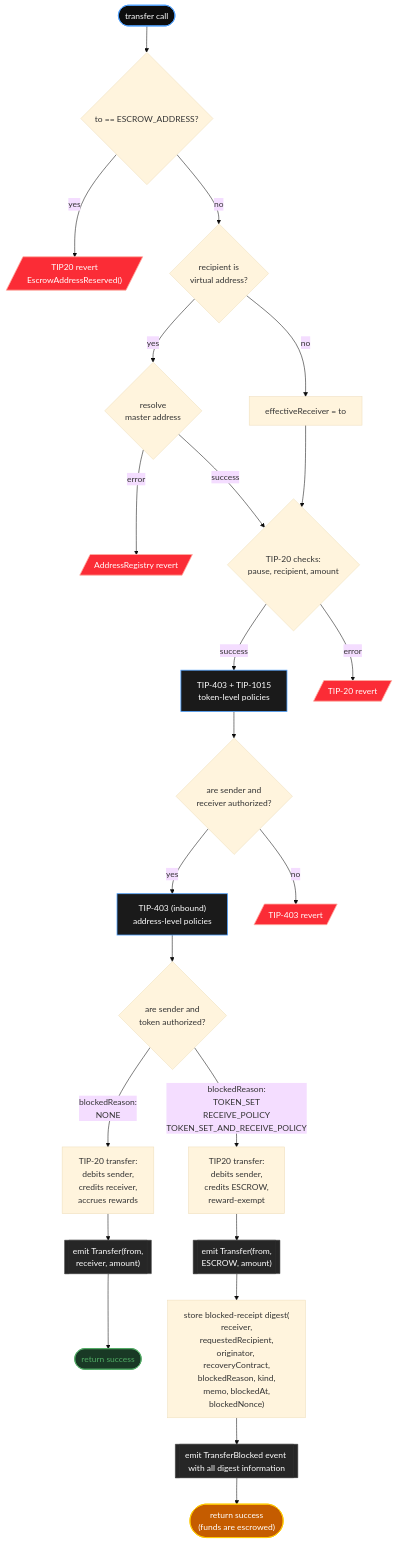
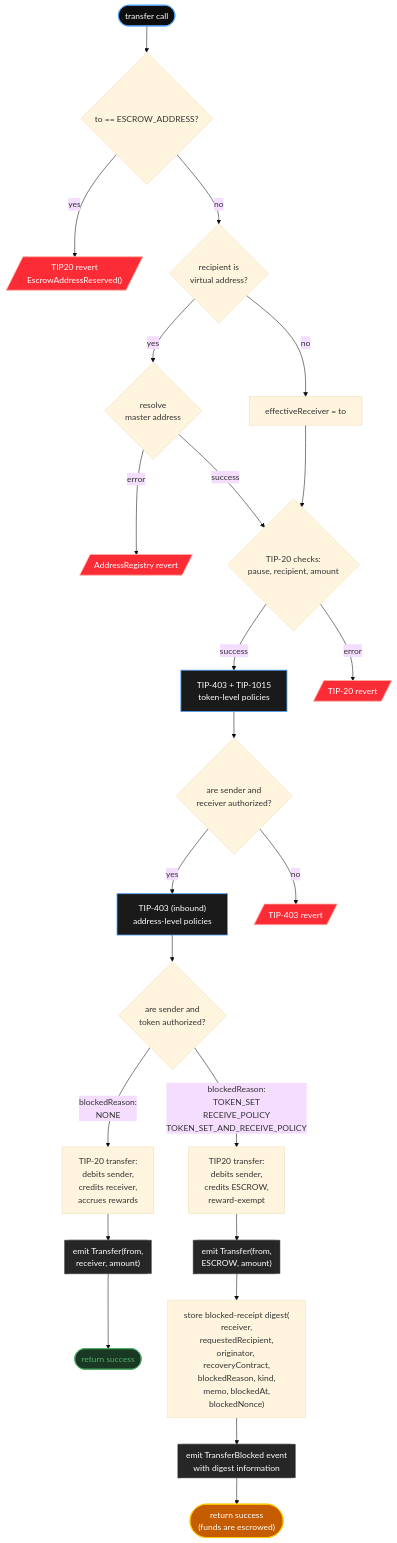
The diagram in tips/tip-1028.md (tempoxyz/tempo), drawn with Mermaid (base theme) before and after one commit.

Commit message:
fix: rendering

````diff
--- a/tips/tip-1028.md
+++ b/tips/tip-1028.md
@@ -524,42 +524,42 @@
 ```mermaid
 flowchart TD
     Start([transfer call]):::entry
 
     Start --> EscrowGuard{"to == ESCROW_ADDRESS?"}
     EscrowGuard -- yes --> RevertReserved[/"TIP20 revert<br/>EscrowAddressReserved()"/]:::revert
     EscrowGuard -- no --> IsVirtual{"recipient is<br/>virtual address?"}
 
     IsVirtual -- no --> Direct["effectiveReceiver = to"]
     IsVirtual -- yes --> Resolve{"resolve<br/>master address"}
     Resolve -- error --> AddrRegistryRevert
     Resolve -- success --> TIP20Checks{"TIP-20 checks:<br>pause, recipient, amount"}
     Direct --> TIP20Checks
     AddrRegistryRevert[/"AddressRegistry revert"/]:::revert
 
     TIP20Checks -- success --> TIP403["TIP-403 + TIP-1015<br/>token-level policies"]:::check
     TIP403 --> TokenPolicyChecks{"are sender and<br/>receiver authorized?"}
     TIP20Checks -- error --> TIP20Revert[/"TIP-20 revert"/]:::revert
     TokenPolicyChecks -- yes --> VerifyInbound["TIP-403 (inbound)<br/>address-level policies"]:::check
     TokenPolicyChecks -- no --> TIP403Revert[/"TIP-403 revert"/]:::revert
     VerifyInbound --> Authorized{"are sender and<br>token authorized?"}
 
     %% Happy path
     Authorized -- "blockedReason:<br>NONE" --> HappyPath["TIP-20 transfer:<br/>debits sender,<br/> credits receiver, <br/>accrues rewards"]
     HappyPath --> HappyPathEvent[["emit Transfer(from,<br>receiver, amount)"]]:::event 
     HappyPathEvent --> SuccessOk([return success]):::success
 
     %% Blocked path
     Authorized -- "blockedReason:<br/>TOKEN_SET<br/>RECEIVE_POLICY<br>TOKEN_SET_AND_RECEIVE_POLICY" --> Escrow
     Escrow["TIP20 transfer:<br>debits sender,<br>credits ESCROW,<br/>reward-exempt"] --> TransferEvent
     TransferEvent[["emit Transfer(from,<br>ESCROW, amount)"]]:::event --> Record["store blocked-receipt digest(<br/>receiver,<br/>requestedRecipient,<br/>originator, recoveryContract,<br/>blockedReason, kind,<br/>memo, blockedAt,<br/>blockedNonce)"]
-    Record -->  AttrEvent[["emit TransferBlocked event with all digest information"]]:::event
+    Record -->  AttrEvent[["emit TransferBlocked event<br/>with digest information"]]:::event
     
     AttrEvent --> SuccessBlocked(["return success<br/>(funds are escrowed)"]):::escrow
 
     classDef entry   fill:#0d0d0d,stroke:#51a2ff,stroke-width:1.5px,color:#ffffff
     classDef check   fill:#1a1a1a,stroke:#51a2ff,stroke-width:1.5px,color:#ffffff
     classDef event   fill:#262626,stroke:#333333,stroke-width:1px,color:#ffffff
     classDef revert  fill:#fb2c36,stroke:#ffafa3,stroke-width:1.5px,color:#ffffff
     classDef success fill:#193925,stroke:#50ab64,stroke-width:1.5px,color:#50ab64
     classDef escrow  fill:#c55c00,stroke:#ffcb00,stroke-width:1.5px,color:#ffffff
 ```
````
